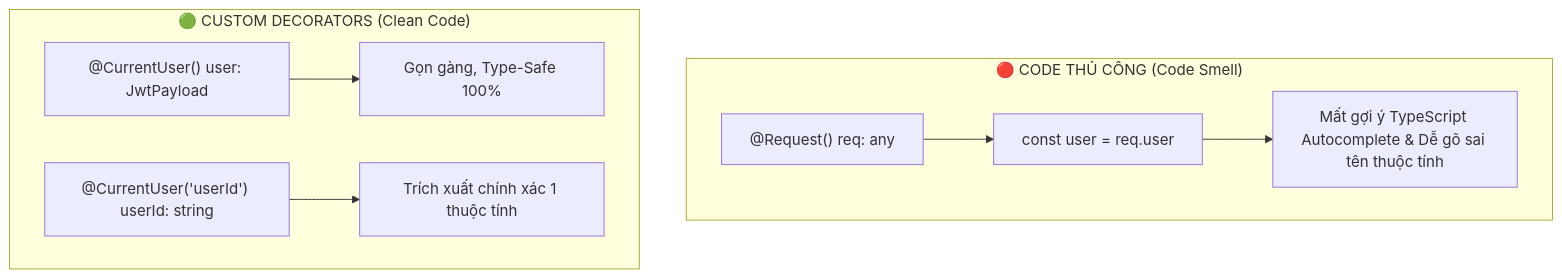
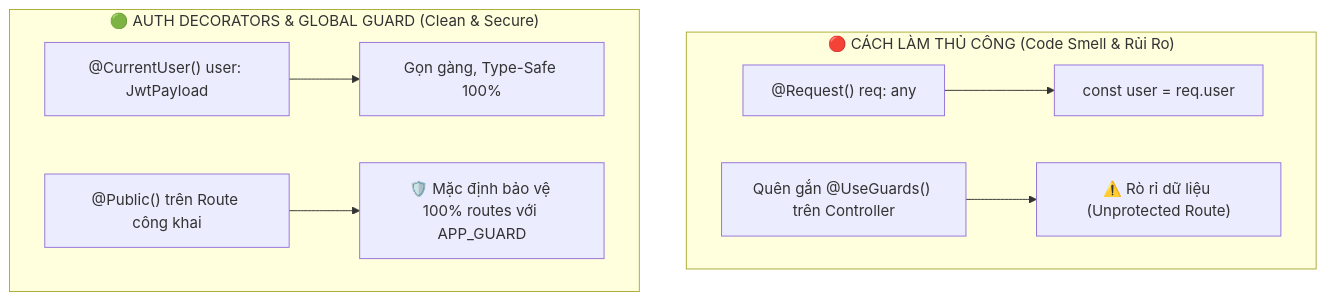
Before and after one commit to thanhmati/nestjs-basic-course: the first of 3 diagrams in docs/modules/module-04/lesson-4.4/lesson-4.4.md, drawn with Mermaid. The commit also changed other lines of this file and 8 other files, not shown here.

Commit message:
refactor: update NestJS curriculum, implement lesson 3.6, and revise Auth decorators content

````diff
--- a/docs/modules/module-04/lesson-4.4/lesson-4.4.md
+++ b/docs/modules/module-04/lesson-4.4/lesson-4.4.md
@@ -49,12 +49,12 @@
 ```mermaid
 flowchart TD
-    subgraph BadPractice ["🔴 CODE THỦ CÔNG (Code Smell)"]
+    subgraph BadPractice ["🔴 CÁCH LÀM THỦ CÔNG (Code Smell & Rủi Ro)"]
         ReqAny["@Request() req: any"] --> ReadUser["const user = req.user"]
-        ReadUser --> LossType["Mất gợi ý TypeScript Autocomplete & Dễ gõ sai tên thuộc tính"]
+        ManualGuard["Quên gắn @UseGuards() trên Controller"] --> SecurityRisk["⚠️ Rò rỉ dữ liệu (Unprotected Route)"]
     end
 
-    subgraph GoodPractice ["🟢 CUSTOM DECORATORS (Clean Code)"]
+    subgraph GoodPractice ["🟢 AUTH DECORATORS & GLOBAL GUARD (Clean & Secure)"]
         DecUser["@CurrentUser() user: JwtPayload"] --> CleanCode["Gọn gàng, Type-Safe 100%"]
-        DecField["@CurrentUser('userId') userId: string"] --> CleanField["Trích xuất chính xác 1 thuộc tính"]
+        DecPublic["@Public() trên Route công khai"] --> GlobalProtection["🛡️ Mặc định bảo vệ 100% routes với APP_GUARD"]
     end
 ```
````
